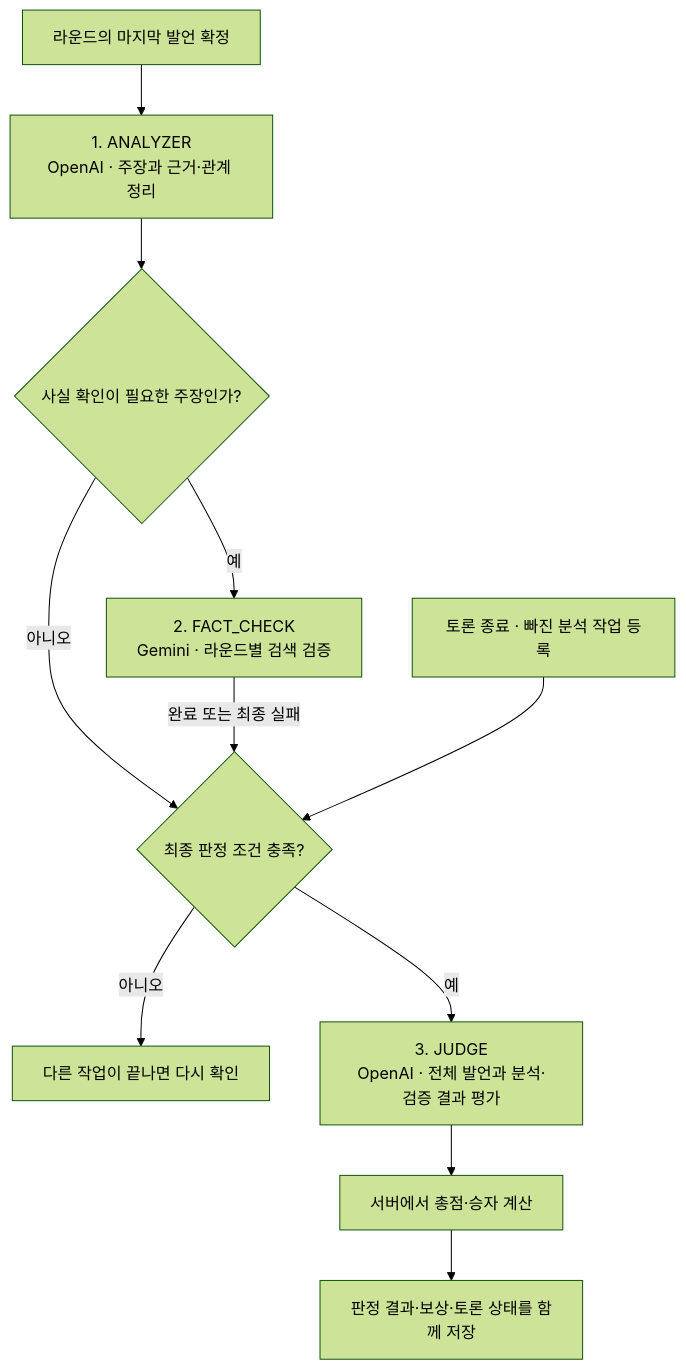
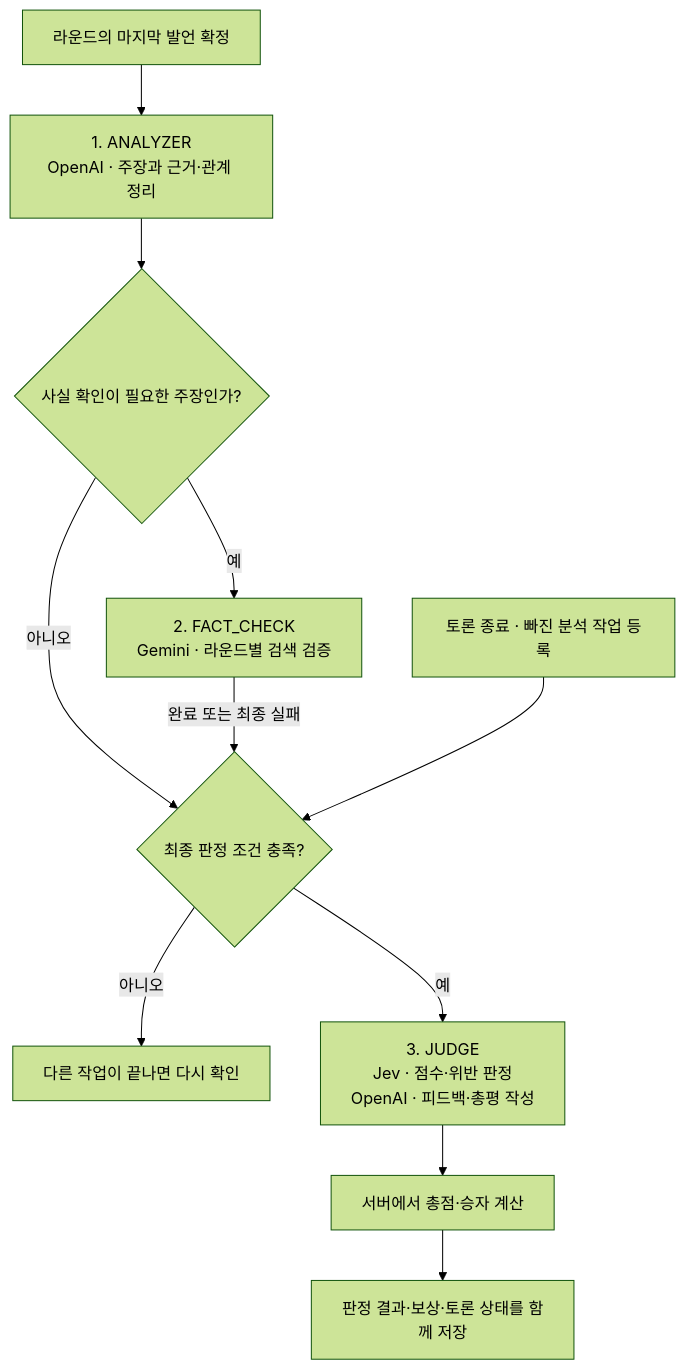
The second of 4 diagrams in README.md (org-heimdall/heimdall-backend), drawn with Mermaid (forest theme) before and after one commit. The commit also changed other lines of this file, not shown here.

````diff
--- a/README.md
+++ b/README.md
@@ -79,13 +79,13 @@
 ```mermaid
 flowchart TD
     Round[라운드의 마지막 발언 확정] --> Analyzer["1. ANALYZER<br/>OpenAI · 주장과 근거·관계 정리"]
     Analyzer --> Target{사실 확인이 필요한 주장인가?}
     Target -->|예| FactCheck["2. FACT_CHECK<br/>Gemini · 라운드별 검색 검증"]
     Target -->|아니오| Ready{최종 판정 조건 충족?}
     FactCheck -->|완료 또는 최종 실패| Ready
     End[토론 종료 · 빠진 분석 작업 등록] --> Ready
     Ready -->|아니오| Wait[다른 작업이 끝나면 다시 확인]
-    Ready -->|예| Judge["3. JUDGE<br/>OpenAI · 전체 발언과 분석·검증 결과 평가"]
+    Ready -->|예| Judge["3. JUDGE<br/>Jev · 점수·위반 판정<br/>OpenAI · 피드백·총평 작성"]
     Judge --> Score[서버에서 총점·승자 계산]
     Score --> Persist[판정 결과·보상·토론 상태를 함께 저장]
 ```
````
